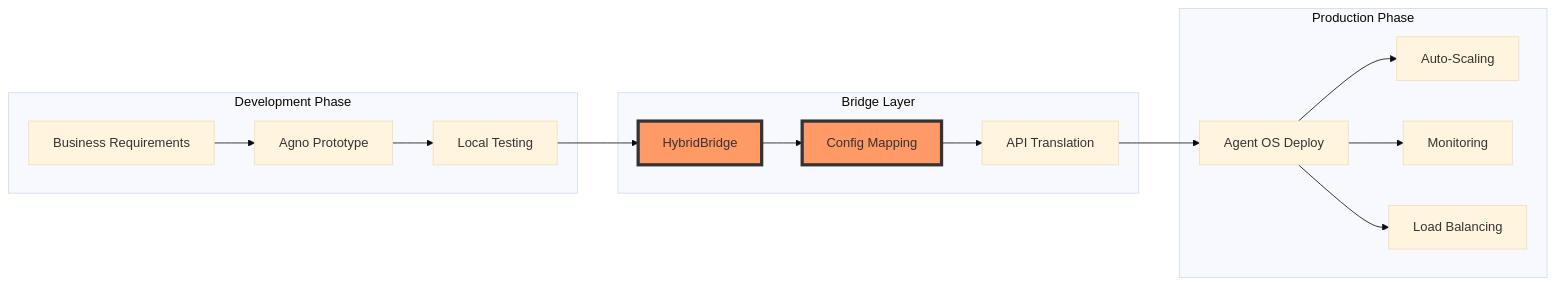
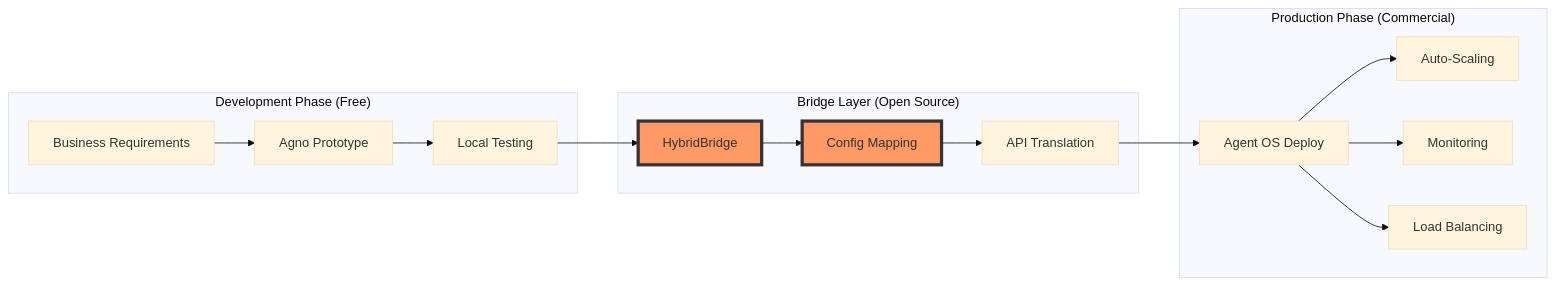
Before and after one commit to jvalenzano/hybrid-framework: the first of 3 diagrams in README.md, drawn with Mermaid (base theme). The commit also changed other lines of this file, not shown here.

First line of the commit message:
Update documentation to reflect open source licensing model

````diff
--- a/README.md
+++ b/README.md
@@ -54,23 +54,23 @@
 ```mermaid
 graph LR
-    subgraph "Development Phase"
+    subgraph "Development Phase (Free)"
         A[Business Requirements] --> B[Agno Prototype]
         B --> C[Local Testing]
     end
     
-    subgraph "Bridge Layer"
+    subgraph "Bridge Layer (Open Source)"
         C --> D[HybridBridge]
         D --> E[Config Mapping]
         E --> F[API Translation]
     end
     
-    subgraph "Production Phase"
+    subgraph "Production Phase (Commercial)"
         F --> G[Agent OS Deploy]
         G --> H[Auto-Scaling]
         G --> I[Monitoring]
         G --> J[Load Balancing]
     end
     
     style D fill:#f96,stroke:#333,stroke-width:4px
     style E fill:#f96,stroke:#333,stroke-width:4px
 ```
````
